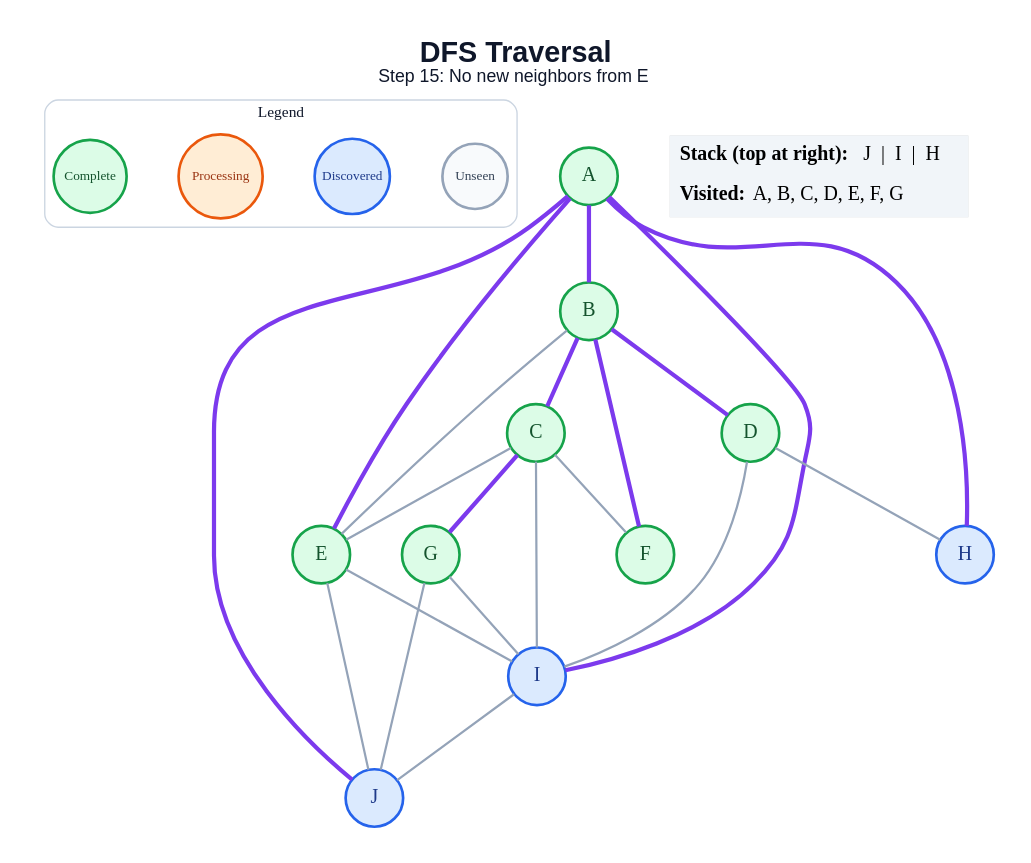
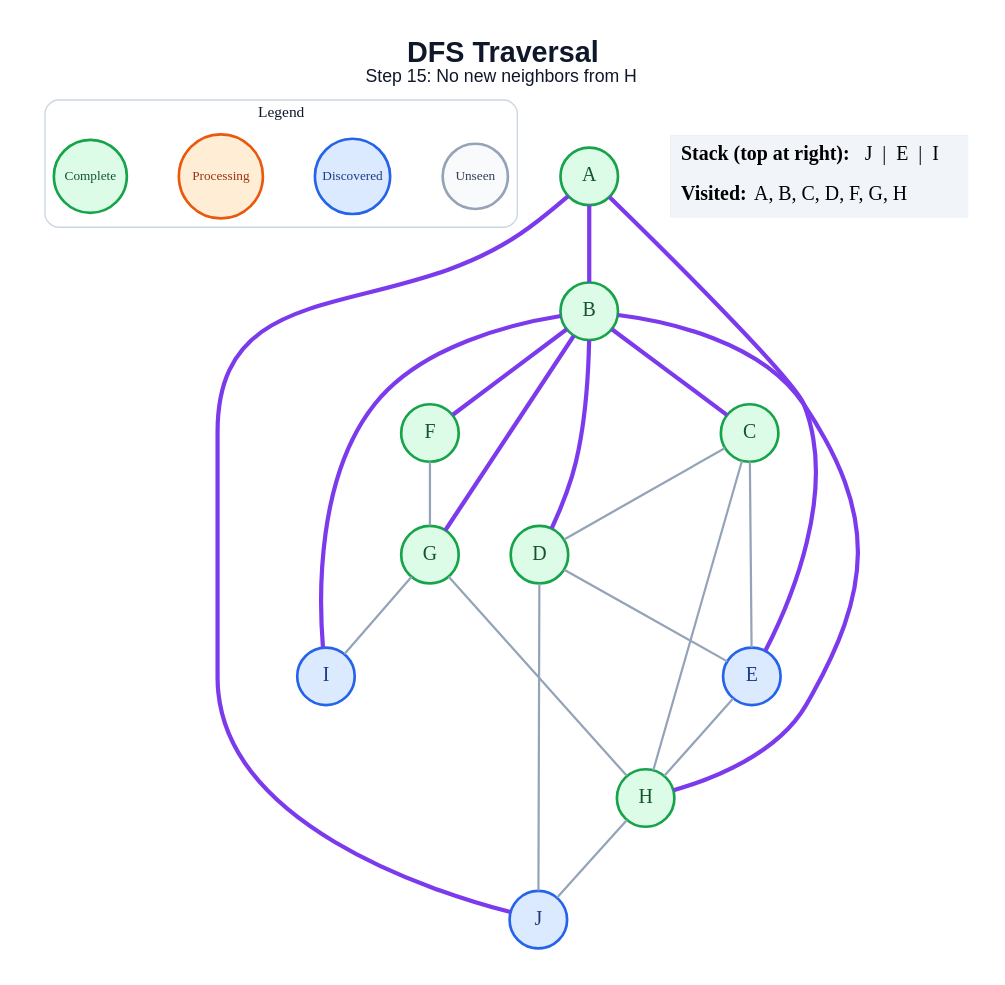
The diagram in generated/dfs/step_15.dot (anon7238593-create/ai-slop), drawn with Graphviz before and after one commit. The commit also changed 178 other files, not shown here.

```diff
--- a/generated/dfs/step_15.dot
+++ b/generated/dfs/step_15.dot
@@ -1,49 +1,48 @@
 graph traversal {
   graph [layout=dot, rankdir=TB, bgcolor="#FFFFFF", pad="0.35", nodesep="0.65", ranksep="0.8", fontname="Arial"];
   node [shape=circle, style="filled", fontname="Arial Bold", fontsize=18, width=0.72, fixedsize=true, penwidth=2.4];
   edge [color="#94A3B8", penwidth=2.0];
-  label=<<B>DFS Traversal</B><BR/><FONT POINT-SIZE="16">Step 15: No new neighbors from E</FONT>>; labelloc="t"; fontsize=26; fontname="Arial"; fontcolor="#0F172A";
+  label=<<B>DFS Traversal</B><BR/><FONT POINT-SIZE="16">Step 15: No new neighbors from H</FONT>>; labelloc="t"; fontsize=26; fontname="Arial"; fontcolor="#0F172A";
   subgraph cluster_legend { label="Legend"; color="#CBD5E1"; penwidth=1.2; style="rounded"; fontsize=14; fontname="Arial Bold";
     key_unseen [label="Unseen", fillcolor="#F8FAFC", color="#94A3B8", fontcolor="#334155", fontsize=12, width=0.82];
     key_frontier [label="Discovered", fillcolor="#DBEAFE", color="#2563EB", fontcolor="#1E3A8A", fontsize=12, width=0.95];
     key_current [label="Processing", fillcolor="#FFEDD5", color="#EA580C", fontcolor="#9A3412", fontsize=12, width=1.05];
     key_done [label="Complete", fillcolor="#DCFCE7", color="#16A34A", fontcolor="#14532D", fontsize=12, width=0.92];
     { rank=same; key_unseen; key_frontier; key_current; key_done; }
   }
   A [fillcolor="#DCFCE7", color="#16A34A", fontcolor="#14532D"];
   B [fillcolor="#DCFCE7", color="#16A34A", fontcolor="#14532D"];
   C [fillcolor="#DCFCE7", color="#16A34A", fontcolor="#14532D"];
   D [fillcolor="#DCFCE7", color="#16A34A", fontcolor="#14532D"];
-  E [fillcolor="#DCFCE7", color="#16A34A", fontcolor="#14532D"];
+  E [fillcolor="#DBEAFE", color="#2563EB", fontcolor="#1E3A8A"];
   F [fillcolor="#DCFCE7", color="#16A34A", fontcolor="#14532D"];
   G [fillcolor="#DCFCE7", color="#16A34A", fontcolor="#14532D"];
-  H [fillcolor="#DBEAFE", color="#2563EB", fontcolor="#1E3A8A"];
+  H [fillcolor="#DCFCE7", color="#16A34A", fontcolor="#14532D"];
   I [fillcolor="#DBEAFE", color="#2563EB", fontcolor="#1E3A8A"];
   J [fillcolor="#DBEAFE", color="#2563EB", fontcolor="#1E3A8A"];
   A -- B [color="#7C3AED", penwidth=3.8];
   A -- E [color="#7C3AED", penwidth=3.8];
-  A -- H [color="#7C3AED", penwidth=3.8];
-  A -- I [color="#7C3AED", penwidth=3.8];
   A -- J [color="#7C3AED", penwidth=3.8];
   B -- C [color="#7C3AED", penwidth=3.8];
   B -- D [color="#7C3AED", penwidth=3.8];
-  B -- E;
   B -- F [color="#7C3AED", penwidth=3.8];
+  B -- G [color="#7C3AED", penwidth=3.8];
+  B -- H [color="#7C3AED", penwidth=3.8];
+  B -- I [color="#7C3AED", penwidth=3.8];
+  C -- D;
   C -- E;
-  C -- F;
-  C -- G [color="#7C3AED", penwidth=3.8];
-  C -- I;
-  D -- H;
-  D -- I;
-  E -- I;
-  E -- J;
+  C -- H;
+  D -- E;
+  D -- J;
+  E -- H;
+  F -- G;
+  G -- H;
   G -- I;
-  G -- J;
-  I -- J;
+  H -- J;
   status [shape=plain, fixedsize=false, width=0, height=0, margin=0, label=<
     <TABLE BORDER="0" CELLBORDER="0" CELLPADDING="7" BGCOLOR="#F1F5F9">
-      <TR><TD ALIGN="LEFT"><B>Stack (top at right):</B> J  |  I  |  H</TD></TR>
-      <TR><TD ALIGN="LEFT"><B>Visited:</B> A, B, C, D, E, F, G</TD></TR>
+      <TR><TD ALIGN="LEFT"><B>Stack (top at right):</B> J  |  E  |  I</TD></TR>
+      <TR><TD ALIGN="LEFT"><B>Visited:</B> A, B, C, D, F, G, H</TD></TR>
     </TABLE>
   >];
 }
```
